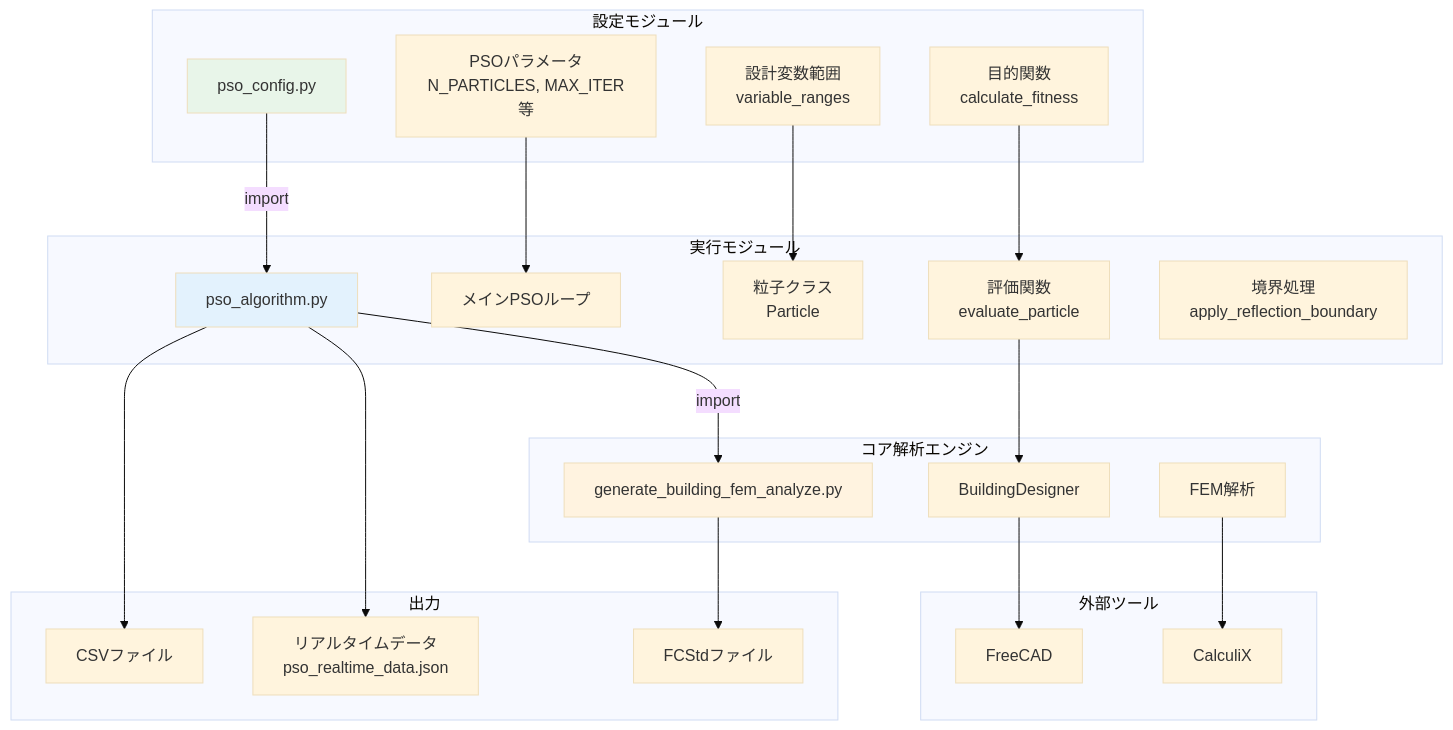
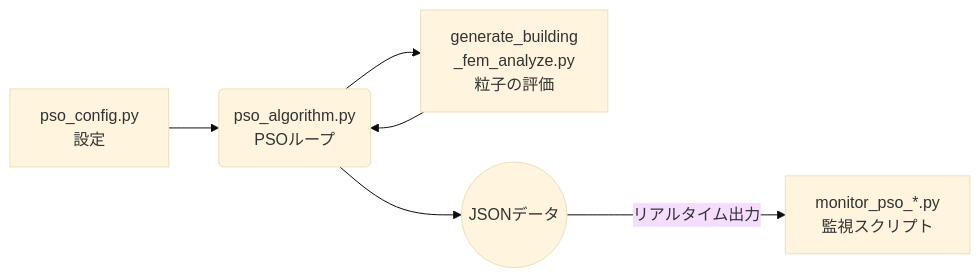
Before and after one commit to jkushida/ai-arch: the diagram in docs/PSO_usage.md, drawn with Mermaid (base theme). The commit also changed other lines of this file and 1 other file, not shown here.

Commit message:
docs: Update PSO_usage.md and PSO_usage.html with improved Mermaid diagram and detailed explanations

````diff
--- a/docs/PSO_usage.md
+++ b/docs/PSO_usage.md
@@ -10,52 +17,8 @@
 ```mermaid
-graph TB
-    subgraph "設定モジュール"
-        A[pso_config.py]
-        A1[PSOパラメータ<br/>N_PARTICLES, MAX_ITER等]
-        A2[設計変数範囲<br/>variable_ranges]
-        A3[目的関数<br/>calculate_fitness]
-    end
-    
-    subgraph "実行モジュール"
-        B[pso_algorithm.py]
-        B1[メインPSOループ]
-        B2[粒子クラス<br/>Particle]
-        B3[評価関数<br/>evaluate_particle]
-        B4[境界処理<br/>apply_reflection_boundary]
-    end
-    
-    subgraph "コア解析エンジン"
-        C[generate_building_fem_analyze.py]
-        C1[BuildingDesigner]
-        C2[FEM解析]
-    end
-    
-    subgraph "外部ツール"
-        D[FreeCAD]
-        E[CalculiX]
-    end
-    
-    subgraph "出力"
-        F[CSVファイル]
-        G[リアルタイムデータ<br/>pso_realtime_data.json]
-        H[FCStdファイル]
-    end
-    
-    A --> |import| B
-    A1 --> B1
-    A2 --> B2
-    A3 --> B3
-    
-    B --> |import| C
-    B3 --> C1
-    C1 --> D
-    C2 --> E
-    
-    B --> F
-    B --> G
-    C --> H
-    
-    style A fill:#e8f5e9
-    style B fill:#e3f2fd
-    style C fill:#fff3e0
+graph LR
+    A[pso_config.py<br/>設定] --> B(pso_algorithm.py<br/>PSOループ)
+    B --> C[generate_building<br>_fem_analyze.py<br/>粒子の評価]
+    C --> B
+
+    B --> D((JSONデータ)) -- リアルタイム出力 --> E[monitor_pso_*.py<br/>監視スクリプト]
 ```
````
